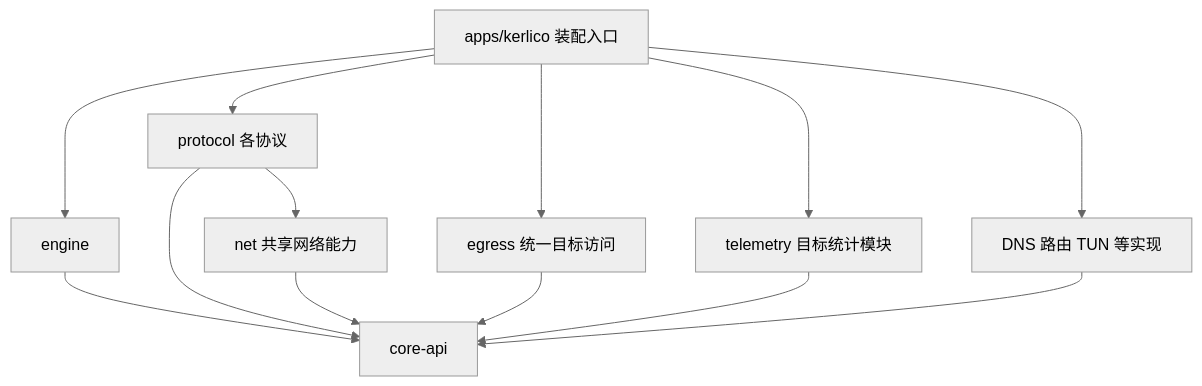
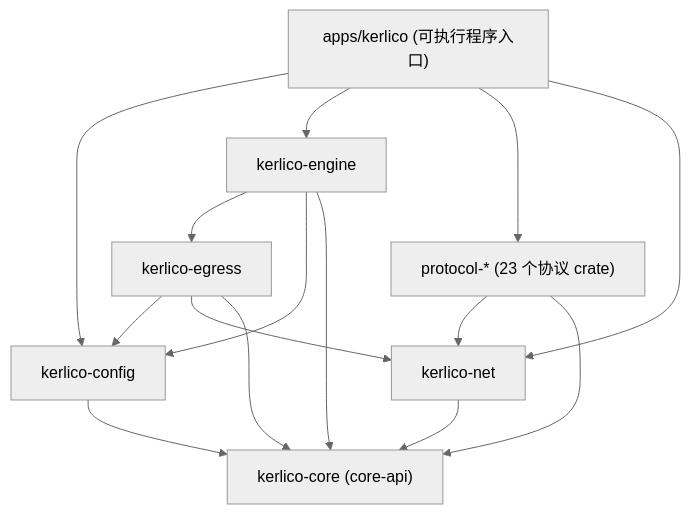
One commit to yuuuki-creation/kerlico changed the diagram in docs/architecture.md. Above: the diagram before and after it, drawn with Mermaid (neutral theme). The commit also changed other lines of this file and 296 other files, not shown here.

````diff
--- a/docs/architecture.md
+++ b/docs/architecture.md
@@ -117,15 +77,17 @@
 ```mermaid
 flowchart TD
-    A[apps/kerlico 装配入口] --> E[engine]
-    A --> P[protocol 各协议]
-    A --> G[egress 统一目标访问]
-    A --> T[telemetry 目标统计模块]
-    A --> F[DNS 路由 TUN 等实现]
-    E --> I[core-api]
+    A["apps/kerlico (可执行程序入口)"] --> CFG["kerlico-config"]
+    A --> E["kerlico-engine"]
+    A --> P["protocol-* (23 个协议 crate)"]
+    A --> N["kerlico-net"]
+    E --> G["kerlico-egress"]
+    E --> CFG
+    E --> I["kerlico-core (core-api)"]
+    G --> CFG
+    G --> N
     G --> I
-    T --> I
+    CFG --> I
+    P --> N
     P --> I
-    F --> I
-    P --> N[net 共享网络能力]
     N --> I
 ```
````
